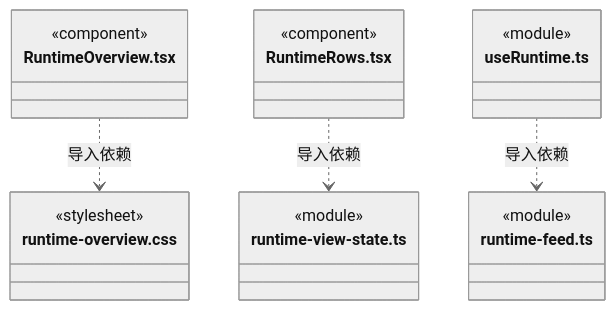
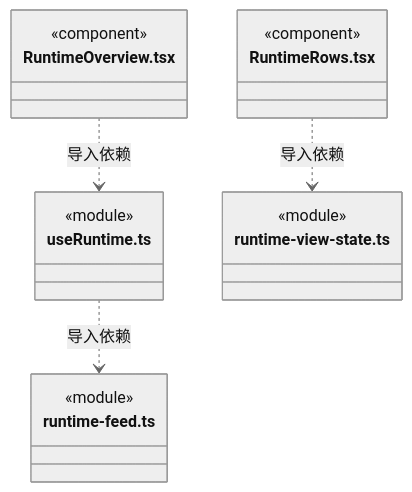
Before and after one commit to nan023062/cbim: diagram 11 of 11 in src/view/runtime/ARCHITECTURE.md, drawn with Mermaid (neutral theme). The commit also changed other lines of this file and 112 other files, not shown here.

Commit message:
docs: align source architecture with current declarations and contracts

````diff
--- a/src/view/runtime/ARCHITECTURE.md
+++ b/src/view/runtime/ARCHITECTURE.md
@@ -268,24 +268,21 @@
 ```mermaid
 classDiagram
 class N_src_view_runtime_RuntimeOverview_tsx["RuntimeOverview.tsx"] {
   <<component>>
 }
-class N_src_view_runtime_runtime_overview_css["runtime-overview.css"] {
-  <<stylesheet>>
+class N_src_view_runtime_useRuntime_ts["useRuntime.ts"] {
+  <<module>>
 }
 class N_src_view_runtime_RuntimeRows_tsx["RuntimeRows.tsx"] {
   <<component>>
 }
 class N_src_view_runtime_runtime_view_state_ts["runtime-view-state.ts"] {
   <<module>>
 }
-class N_src_view_runtime_useRuntime_ts["useRuntime.ts"] {
-  <<module>>
-}
 class N_src_view_runtime_runtime_feed_ts["runtime-feed.ts"] {
   <<module>>
 }
-N_src_view_runtime_RuntimeOverview_tsx ..> N_src_view_runtime_runtime_overview_css : 导入依赖
+N_src_view_runtime_RuntimeOverview_tsx ..> N_src_view_runtime_useRuntime_ts : 导入依赖
 N_src_view_runtime_RuntimeRows_tsx ..> N_src_view_runtime_runtime_view_state_ts : 导入依赖
 N_src_view_runtime_useRuntime_ts ..> N_src_view_runtime_runtime_feed_ts : 导入依赖
 ```
````
